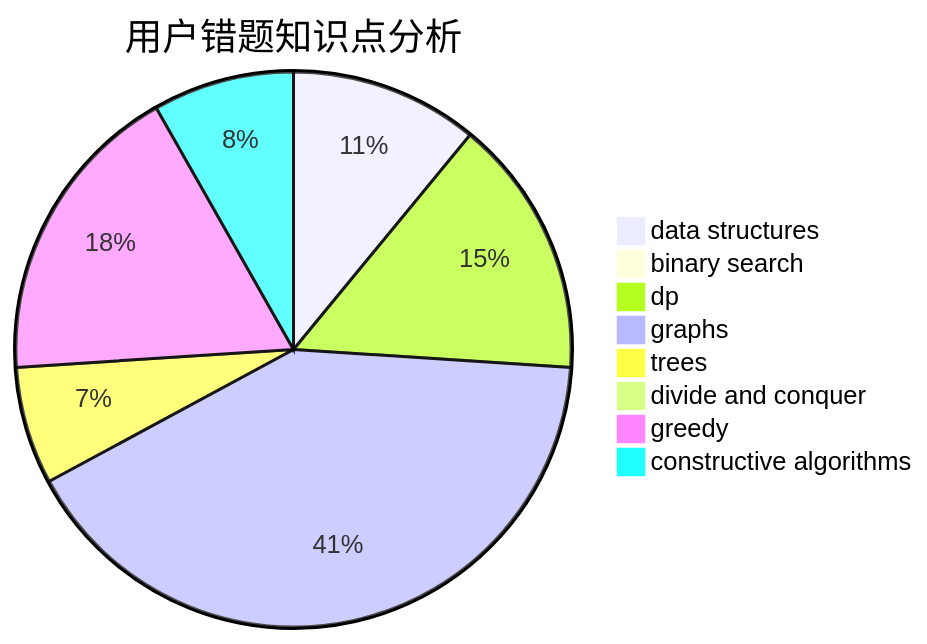
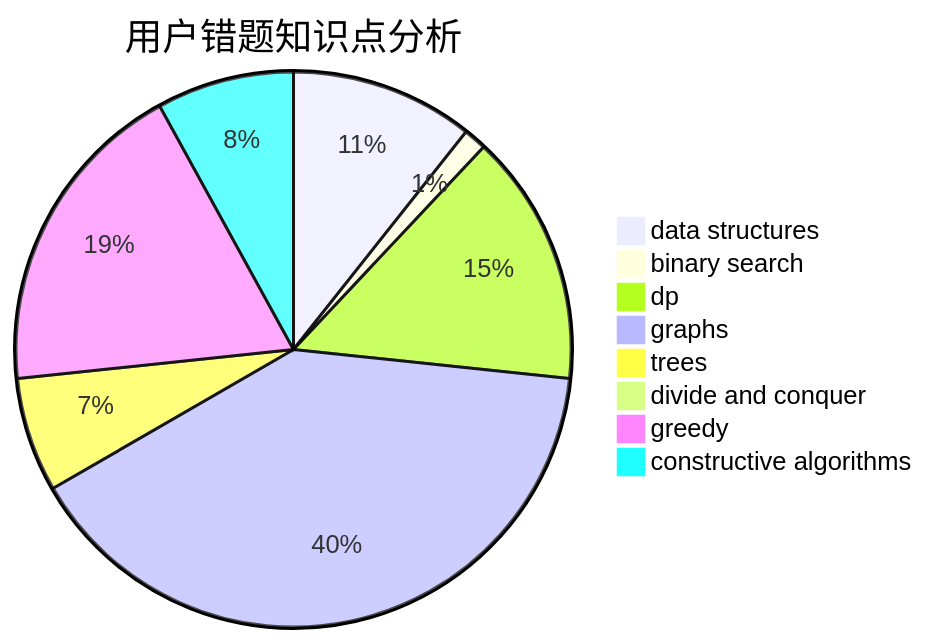
One commit to sherpahu/cfrs.github.io changed the third of 3 diagrams in docs/user/u315.md. Above: the diagram before and after it, drawn with Mermaid. The commit also changed other lines of this file and 2770 other files, not shown here.

````diff
--- a/docs/user/u315.md
+++ b/docs/user/u315.md
@@ -36,11 +36,11 @@
 ```mermaid
 pie title 用户错题知识点分析
     "data structures" :  8
-    "binary search" :  0
+    "binary search" :  1
     "dp" :  11
     "graphs" :  30
     "trees" :  5
     "divide and conquer" :  0
-    "greedy" :  13
+    "greedy" :  14
     "constructive algorithms" :  6
 ```
````
